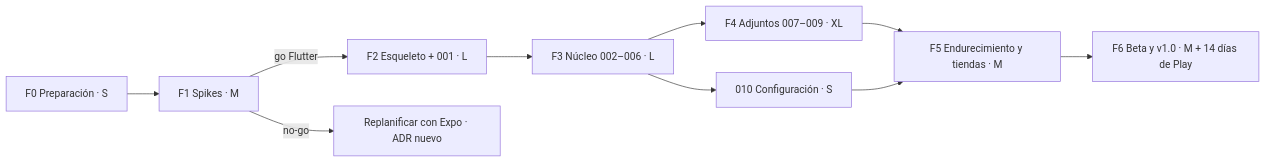
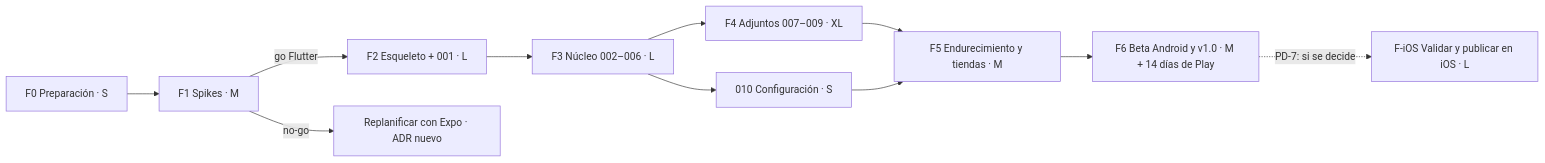
One commit to svallev/una changed the diagram in docs/PLAN.md. Above: the diagram before and after it, drawn with Mermaid. The commit also changed other lines of this file and 20 other files, not shown here.

````diff
--- a/docs/PLAN.md
+++ b/docs/PLAN.md
@@ -36,12 +38,13 @@
 ```mermaid
 flowchart LR
   F0[F0 Preparación · S] --> F1[F1 Spikes · M]
   F1 -->|go Flutter| F2[F2 Esqueleto + 001 · L]
   F1 -->|no-go| ALT[Replanificar con Expo · ADR nuevo]
   F2 --> F3[F3 Núcleo 002–006 · L]
   F3 --> F4[F4 Adjuntos 007–009 · XL]
   F3 --> F5a[010 Configuración · S]
   F4 --> F5[F5 Endurecimiento y tiendas · M]
   F5a --> F5
-  F5 --> F6[F6 Beta y v1.0 · M + 14 días de Play]
+  F5 --> F6[F6 Beta Android y v1.0 · M + 14 días de Play]
+  F6 -.->|PD-7: si se decide| FI[F-iOS Validar y publicar en iOS · L]
 ```
````
